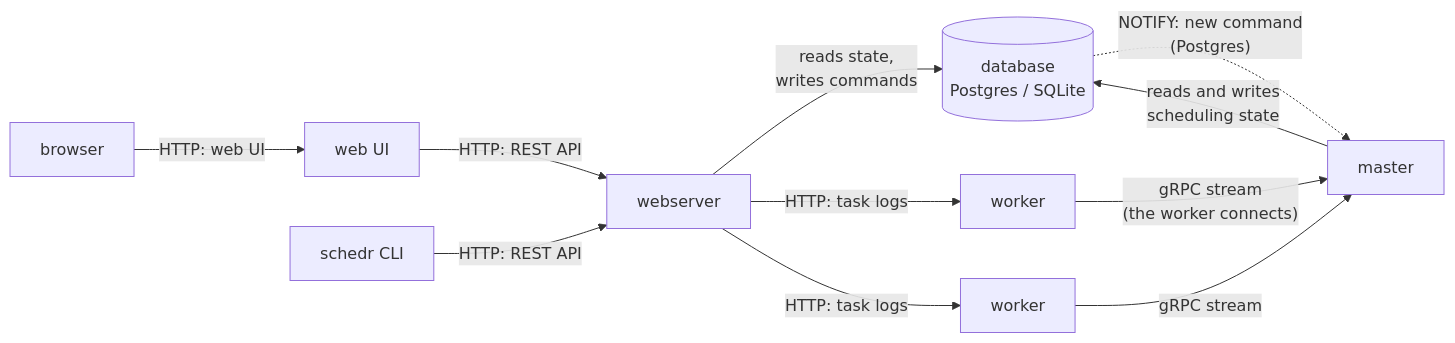
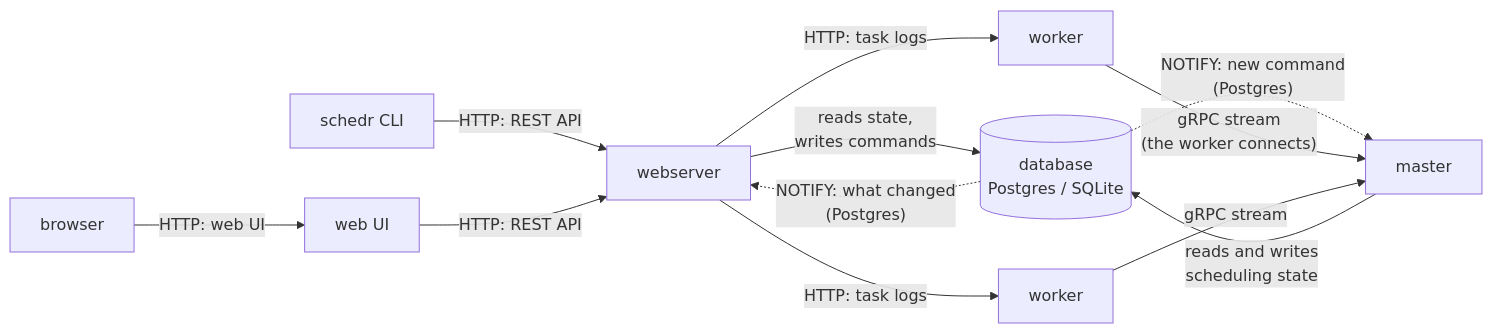
Before and after one commit to ptutak/schedr: the diagram in docs/03-guide/01-overview.md, drawn with Mermaid. The commit also changed other lines of this file and 48 other files, not shown here.

````diff
--- a/docs/03-guide/01-overview.md
+++ b/docs/03-guide/01-overview.md
@@ -19,13 +19,14 @@
 ```mermaid
 flowchart LR
     browser["browser"] -- "HTTP: web UI" --> ui["web UI"]
     cli["schedr CLI"] -- "HTTP: REST API" --> web["webserver"]
     ui -- "HTTP: REST API" --> web
     web -- "reads state,<br/>writes commands" --> db[("database<br/>Postgres / SQLite")]
     master["master"] -- "reads and writes<br/>scheduling state" --> db
     db -. "NOTIFY: new command<br/>(Postgres)" .-> master
+    db -. "NOTIFY: what changed<br/>(Postgres)" .-> web
     worker1["worker"] -- "gRPC stream<br/>(the worker connects)" --> master
     worker2["worker"] -- "gRPC stream" --> master
     web -- "HTTP: task logs" --> worker1
     web -- "HTTP: task logs" --> worker2
 ```
````
